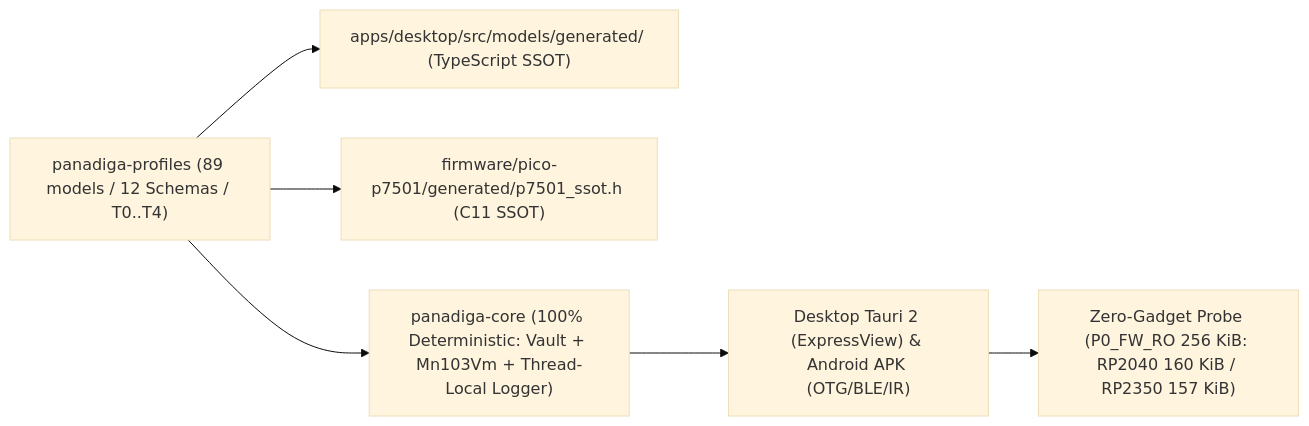
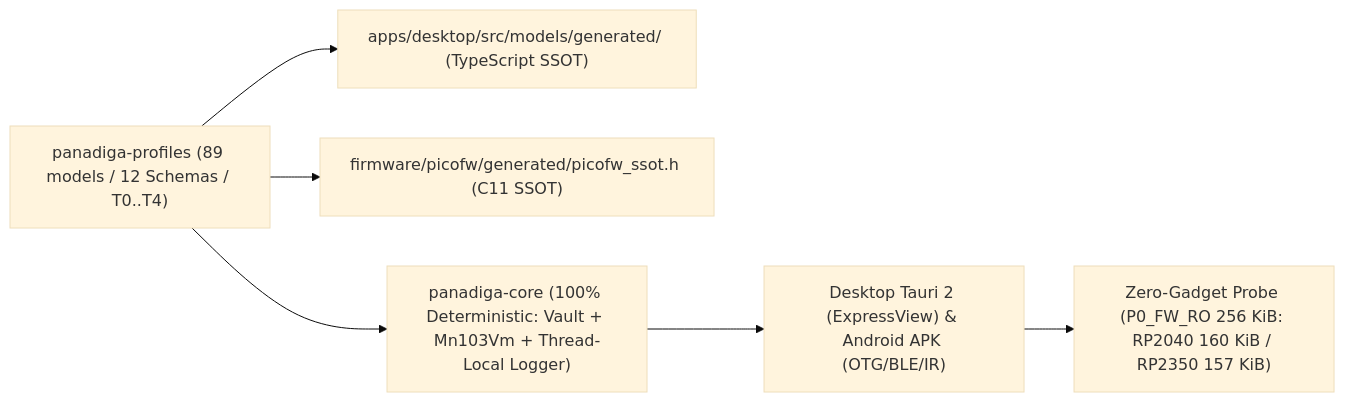
Before and after one commit to orgchrono/Panadiga: the third of 3 diagrams in docs/en-US/FINAL_AUDIT_AND_MODULARIZATION_REPORT.md, drawn with Mermaid (base theme). The commit also changed other lines of this file and 784 other files, not shown here.

````diff
--- a/docs/en-US/FINAL_AUDIT_AND_MODULARIZATION_REPORT.md
+++ b/docs/en-US/FINAL_AUDIT_AND_MODULARIZATION_REPORT.md
@@ -278,8 +278,8 @@
 ```mermaid
 flowchart LR
     PROFILES["panadiga-profiles (89 models / 12 Schemas / T0..T4)"] --> TSGEN["apps/desktop/src/models/generated/ (TypeScript SSOT)"]
-    PROFILES --> CGEN["firmware/pico-p7501/generated/p7501_ssot.h (C11 SSOT)"]
+    PROFILES --> CGEN["firmware/picofw/generated/picofw_ssot.h (C11 SSOT)"]
     PROFILES --> CORE["panadiga-core (100% Deterministic: Vault + Mn103Vm + Thread-Local Logger)"]
     CORE --> HOST["Desktop Tauri 2 (ExpressView) & Android APK (OTG/BLE/IR)"]
     HOST --> PICO["Zero-Gadget Probe (P0_FW_RO 256 KiB: RP2040 160 KiB / RP2350 157 KiB)"]
 ```
````
